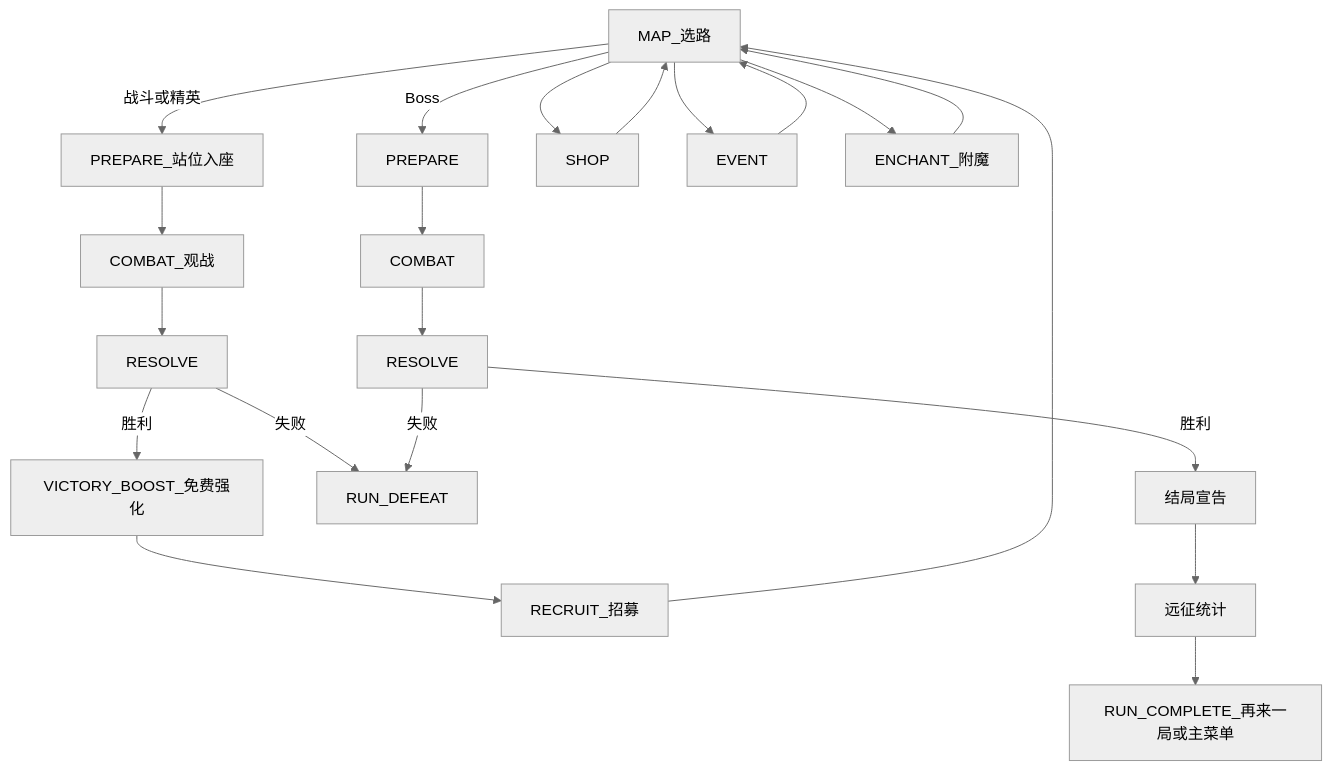
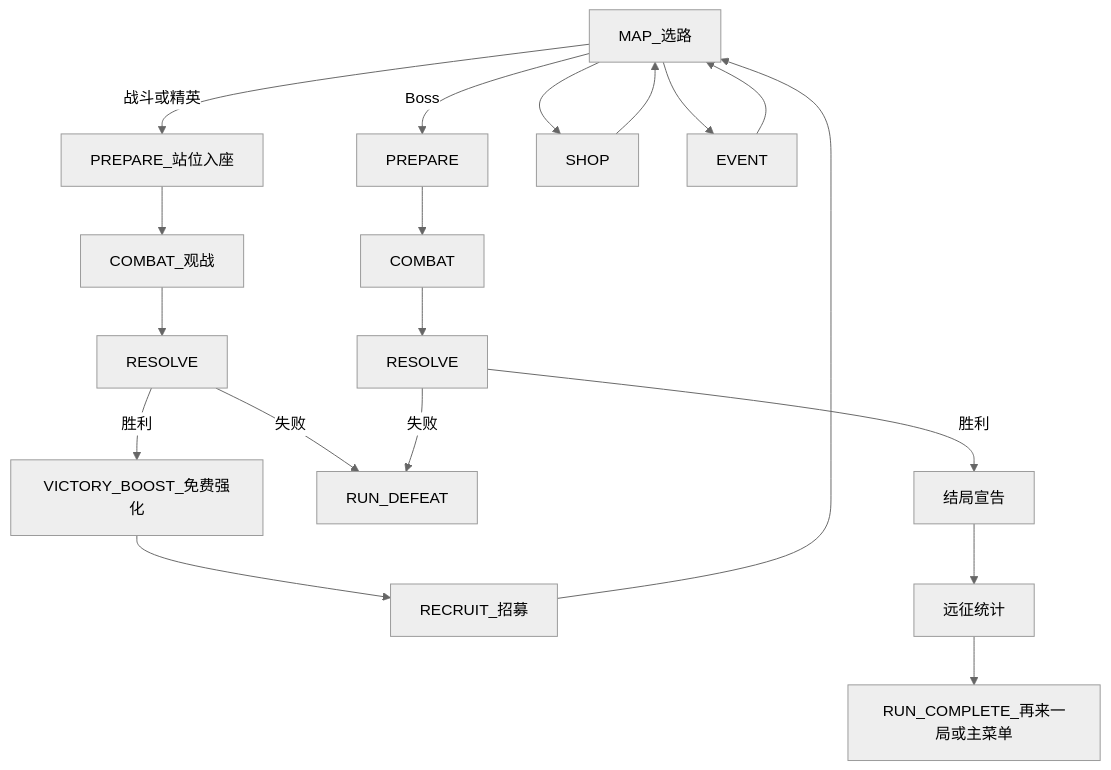
Before and after one commit to Kanerickyz/project-autochess: the diagram in Documents/GAME_VISION.md, drawn with Mermaid (neutral theme). The commit also changed other lines of this file and 4 other files, not shown here.

First line of the commit message:
feat(map): 主塔地图不再刷未知与附魔，份额归战斗 (#379)

````diff
--- a/Documents/GAME_VISION.md
+++ b/Documents/GAME_VISION.md
@@ -105,14 +105,13 @@
 ```mermaid
 flowchart TD
     Map[MAP_选路] -->|战斗或精英| Prep[PREPARE_站位入座] --> Combat[COMBAT_观战] --> Resolve[RESOLVE]
     Resolve -->|胜利| Boost[VICTORY_BOOST_免费强化] --> Recruit[RECRUIT_招募] --> Map
     Resolve -->|失败| RunDefeat[RUN_DEFEAT]
     Map -->|Boss| BossPrep[PREPARE] --> BossCombat[COMBAT] --> BossResolve[RESOLVE]
     BossResolve -->|胜利| RunResult[结局宣告]
     RunResult --> RunStats[远征统计]
     RunStats --> RunComplete[RUN_COMPLETE_再来一局或主菜单]
     BossResolve -->|失败| RunDefeat
     Map --> ShopNode[SHOP] --> Map
     Map --> Event[EVENT] --> Map
-    Map --> Enchant[ENCHANT_附魔] --> Map
 ```
````
